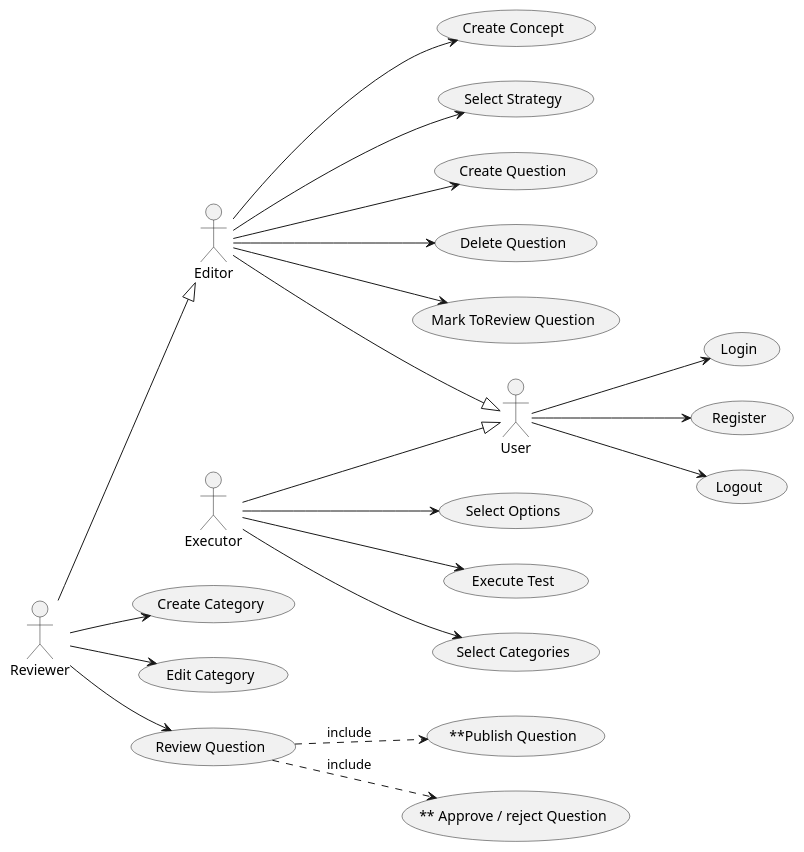
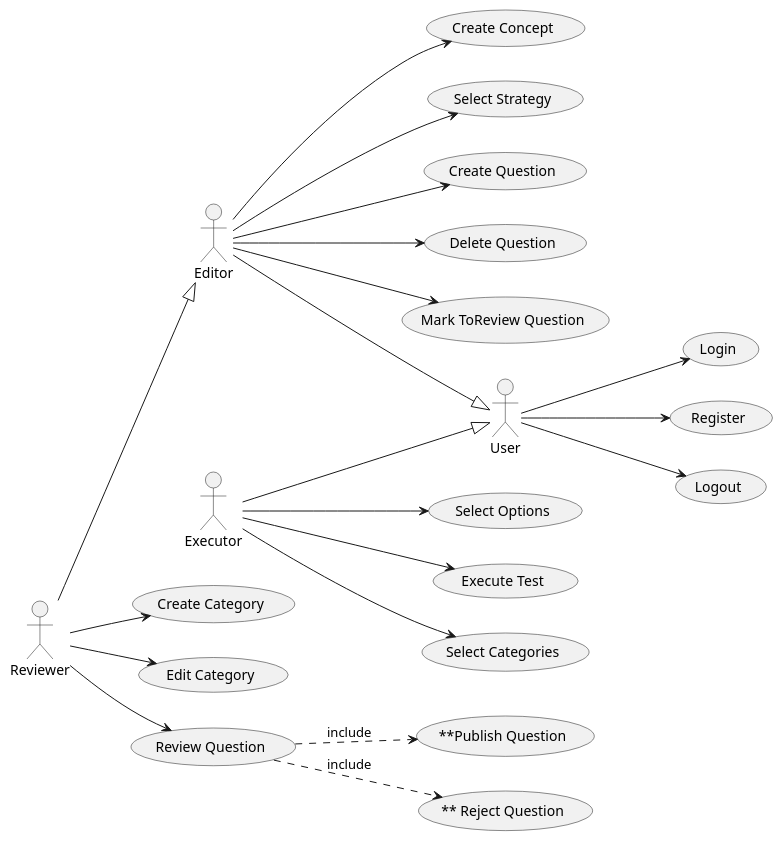
One commit to Joselon/ProyectoOpoTest changed the diagram in doc/useCases_app.puml. Above: the diagram before and after it, drawn with PlantUML. The commit also changed 2 other files, not shown here.

Commit message:
UML CONCEPT STRATEGY fix

```diff
--- a/doc/useCases_app.puml
+++ b/doc/useCases_app.puml
@@ -1,52 +1,52 @@
 @startuml useCases_app
 left to right direction
 actor User
 actor Editor
 actor Reviewer
 usecase "Login" as login
 usecase "Register" as register
 usecase "Logout" as logout
 
 usecase "Create Concept" as createConcept
 usecase "Select Strategy" as selectStrategy
 usecase "Create Question" as createQ
 usecase "Delete Question" as deleteQ
 
 usecase "Select Categories" as selectCats
 usecase "Select Options" as selectOps
 usecase "Execute Test" as execT
 
 usecase "Create Category" as createCat
 usecase "Edit Category" as editC
 usecase "Mark ToReview Question" as markQ
-usecase "** Approve / reject Question" as approveRejectA
+usecase "** Reject Question" as rejectA
 usecase "Review Question" as reviewQ
 usecase "**Publish Question" as publishQ
 
 
 Editor --|> User
 Reviewer --|> Editor
 Executor --|> User
 
 Editor --> createConcept
 Editor --> selectStrategy
 Editor --> createQ
 Editor --> deleteQ
 Editor --> markQ
 
 User --> login
 User --> register
 User --> logout
 
 Executor --> selectCats
 Executor --> selectOps
 Executor --> execT
 
 Reviewer --> createCat
 Reviewer --> editC
 Reviewer --> reviewQ
-    reviewQ ..> approveRejectA :include
+    reviewQ ..> rejectA :include
     reviewQ ..> publishQ :include
 
 
 @enduml
```
